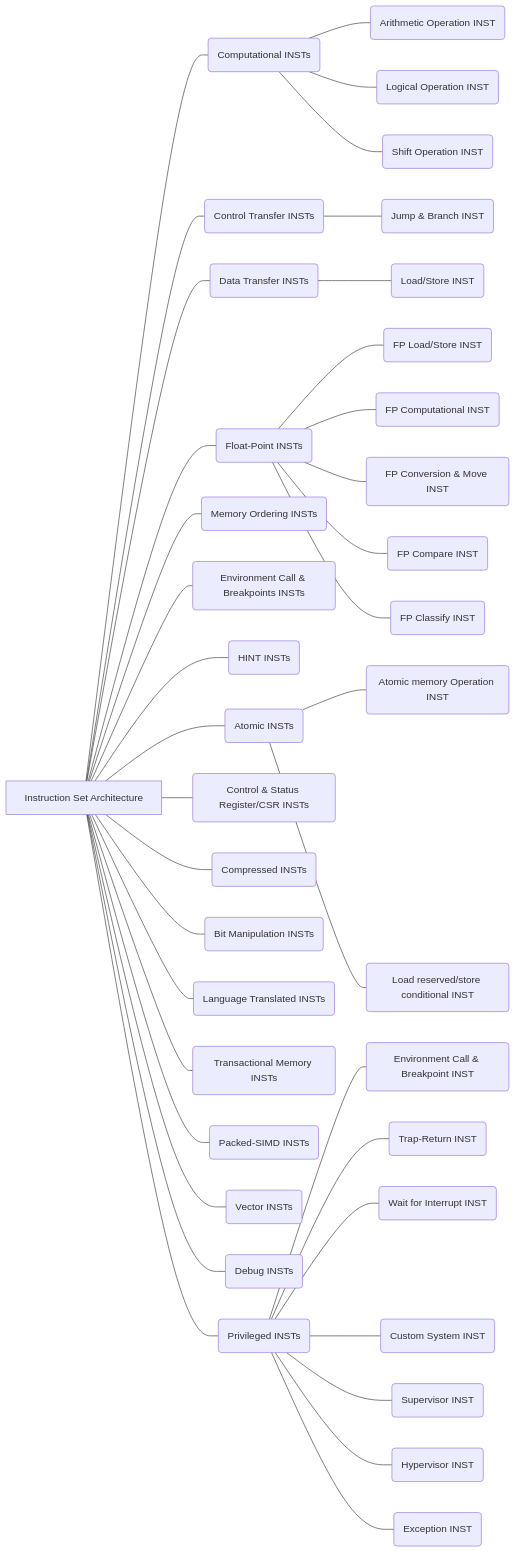
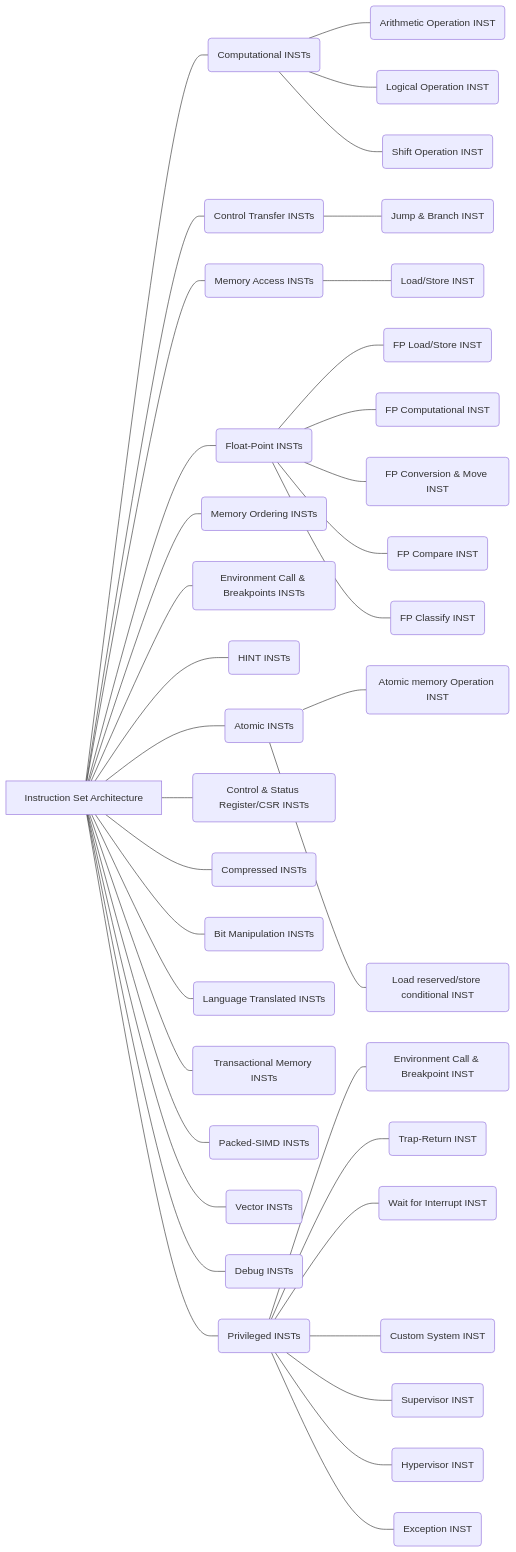
The diagram in Classification/R02Instruction Set Architecture.md (RIOS-Laboratory/RIOS-Patent-Classification), drawn with Mermaid before and after one commit.

Commit message:
Update R02Instruction Set Architecture.md

````diff
--- a/Classification/R02Instruction Set Architecture.md
+++ b/Classification/R02Instruction Set Architecture.md
@@ -1,39 +1,39 @@
 ```mermaid
 graph LR
 A0[Instruction Set Architecture]---A(Computational INSTs)
 A---A1(Arithmetic Operation INST)
 A---A2(Logical Operation INST)
 A---A3(Shift Operation INST)
 A0---B(Control Transfer INSTs)
 B---B1(Jump & Branch INST)
-A0---C(Data Transfer INSTs)
+A0---C(Memory Access INSTs)
 C---C1(Load/Store INST)
 A0---D(Float-Point INSTs)
 D---D1(FP Load/Store INST)
 D---D2(FP Computational INST)
 D---D3(FP Conversion & Move INST)
 D---D4(FP Compare INST)
 D---D5(FP Classify INST)
 A0---E(Memory Ordering INSTs)
 A0---F(Environment Call & Breakpoints INSTs)
 A0---G(HINT INSTs)
 A0---H(Atomic INSTs)
 H---H1(Atomic memory Operation INST)
 H---H2(Load reserved/store conditional INST)
 A0---I(Control & Status Register/CSR INSTs)
 A0---J(Compressed INSTs)
 A0---K(Bit Manipulation INSTs)
 A0---L(Language Translated INSTs)
 A0---M(Transactional Memory INSTs)
 A0---N(Packed-SIMD INSTs)
 A0---O(Vector INSTs)
 A0---P(Debug INSTs)
 A0---Q(Privileged INSTs)
 Q---Q1(Environment Call & Breakpoint INST)
 Q---Q2(Trap-Return INST)
 Q---Q3(Wait for Interrupt INST)
 Q---Q4(Custom System INST)
 Q---Q5(Supervisor INST)
 Q---Q6(Hypervisor INST)
 Q---Q7(Exception INST)
 ```
````
